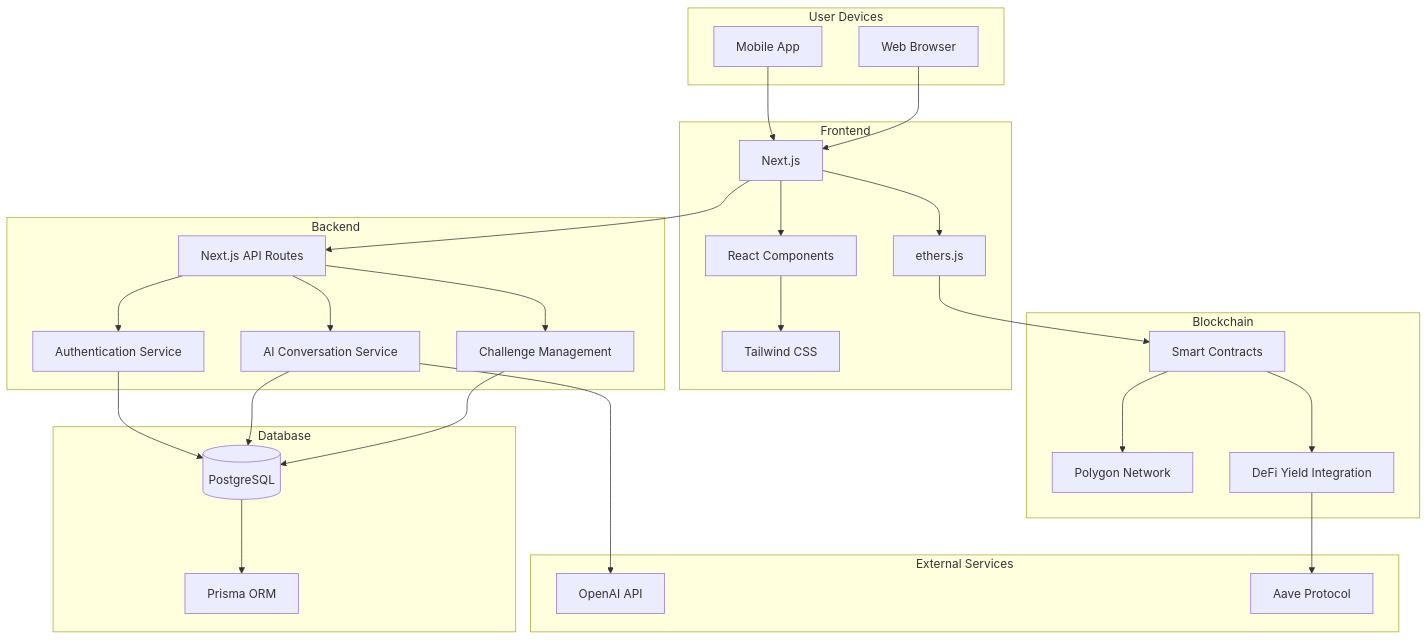
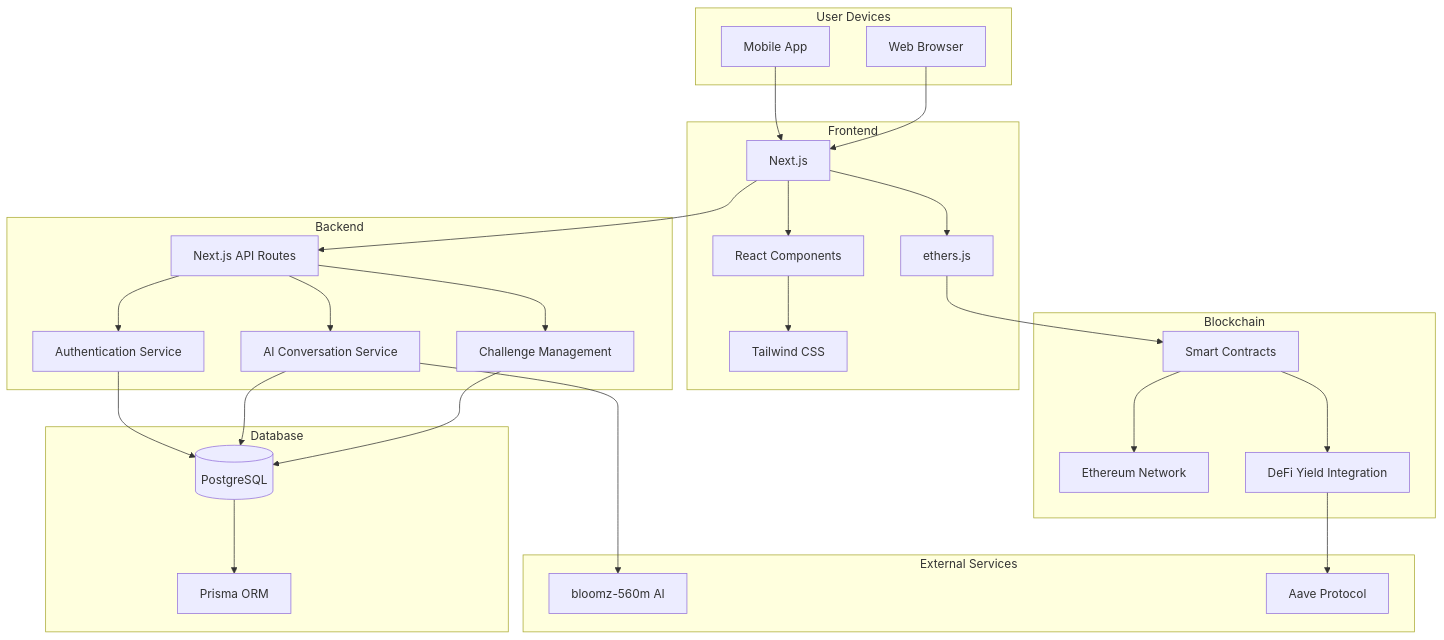
The fourth of 4 diagrams in README.md (tushar-agarwal7/HackIndia-Spark-5-2025-ShinoDevs), drawn with Mermaid before and after one commit. The commit also changed other lines of this file and 7 other files, not shown here.

````diff
--- a/README.md
+++ b/README.md
@@ -141,56 +156,56 @@
 ```mermaid
     graph TD
     subgraph "User Devices"
         A[Mobile App] 
         B[Web Browser]
     end
     
     subgraph "Frontend"
         C[Next.js]
         D[React Components]
         E[Tailwind CSS]
         F[ethers.js]
     end
     
     subgraph "Backend"
         G[Next.js API Routes]
         H[Authentication Service]
         I[AI Conversation Service]
         J[Challenge Management]
     end
     
     subgraph "Database"
         K[(PostgreSQL)]
         L[Prisma ORM]
     end
     
     subgraph "Blockchain"
         M[Smart Contracts]
-        N[Polygon Network]
+        N[Ethereum Network]
         O[DeFi Yield Integration]
     end
     
     subgraph "External Services"
-        P[OpenAI API]
+        P[bloomz-560m AI]
         Q[Aave Protocol]
     end
     
     A --> C
     B --> C
     C --> D
     D --> E
     C --> F
     F --> M
     C --> G
     G --> H
     G --> I
     G --> J
     H --> K
     I --> K
     J --> K
     K --> L
     I --> P
     M --> N
     M --> O
     O --> Q
 ```
````
